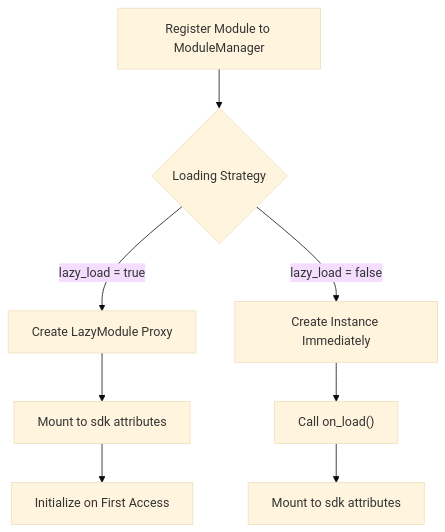
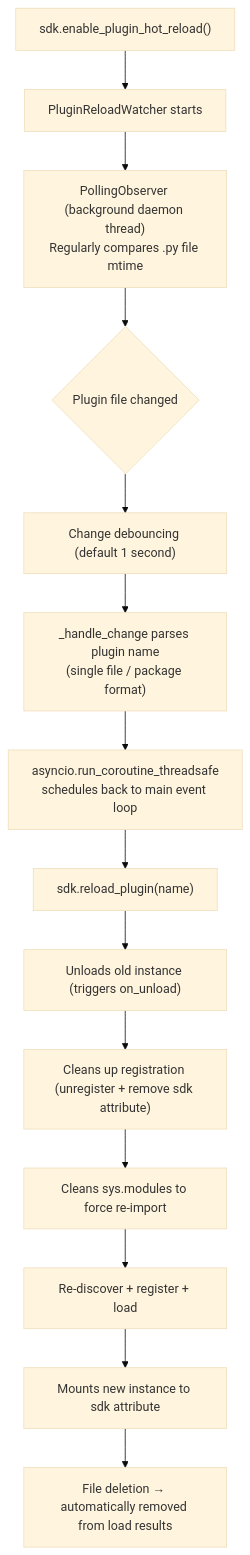
One commit to ErisPulse/ErisPulse changed the seventh of 7 diagrams in docs/en/ai-support/prompts/ErisPulse-ModuleDev.md. Above: the diagram before and after it, drawn with Mermaid (base theme). The commit also changed other lines of this file and 251 other files, not shown here.

````diff
--- a/docs/en/ai-support/prompts/ErisPulse-ModuleDev.md
+++ b/docs/en/ai-support/prompts/ErisPulse-ModuleDev.md
@@ -220,10 +306,16 @@
 ```mermaid
 flowchart TD
-    A["Register Module to ModuleManager"] --> B{"Loading Strategy"}
-    B -->|"lazy_load = true"| C["Create LazyModule Proxy"]
-    C --> D["Mount to sdk attributes"]
-    D --> E["Initialize on First Access"]
-    B -->|"lazy_load = false"| F["Create Instance Immediately"]
-    F --> G["Call on_load()"]
-    G --> D2["Mount to sdk attributes"]
+    A["sdk.enable_plugin_hot_reload()"] --> B["PluginReloadWatcher starts"]
+    B --> C["PollingObserver (background daemon thread)<br/>Regularly compares .py file mtime"]
+    C --> D{"Plugin file changed"}
+    D --> E["Change debouncing (default 1 second)"]
+    E --> F["_handle_change parses plugin name<br/>(single file / package format)"]
+    F --> G["asyncio.run_coroutine_threadsafe<br/>schedules back to main event loop"]
+    G --> H["sdk.reload_plugin(name)"]
+    H --> I["Unloads old instance (triggers on_unload)"]
+    I --> J["Cleans up registration (unregister + remove sdk attribute)"]
+    J --> K["Cleans sys.modules to force re-import"]
+    K --> L["Re-discover + register + load"]
+    L --> M["Mounts new instance to sdk attribute"]
+    M --> N["File deletion → automatically removed from load results"]
 ```
````
